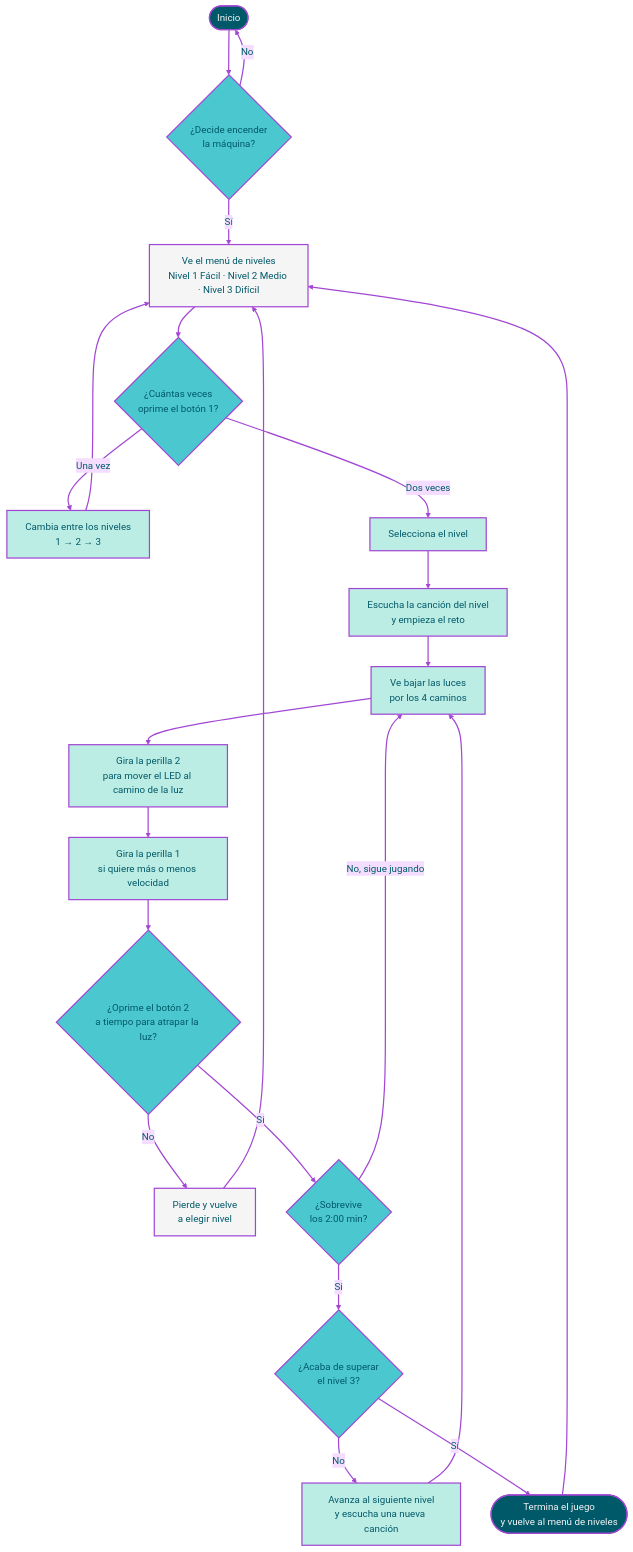
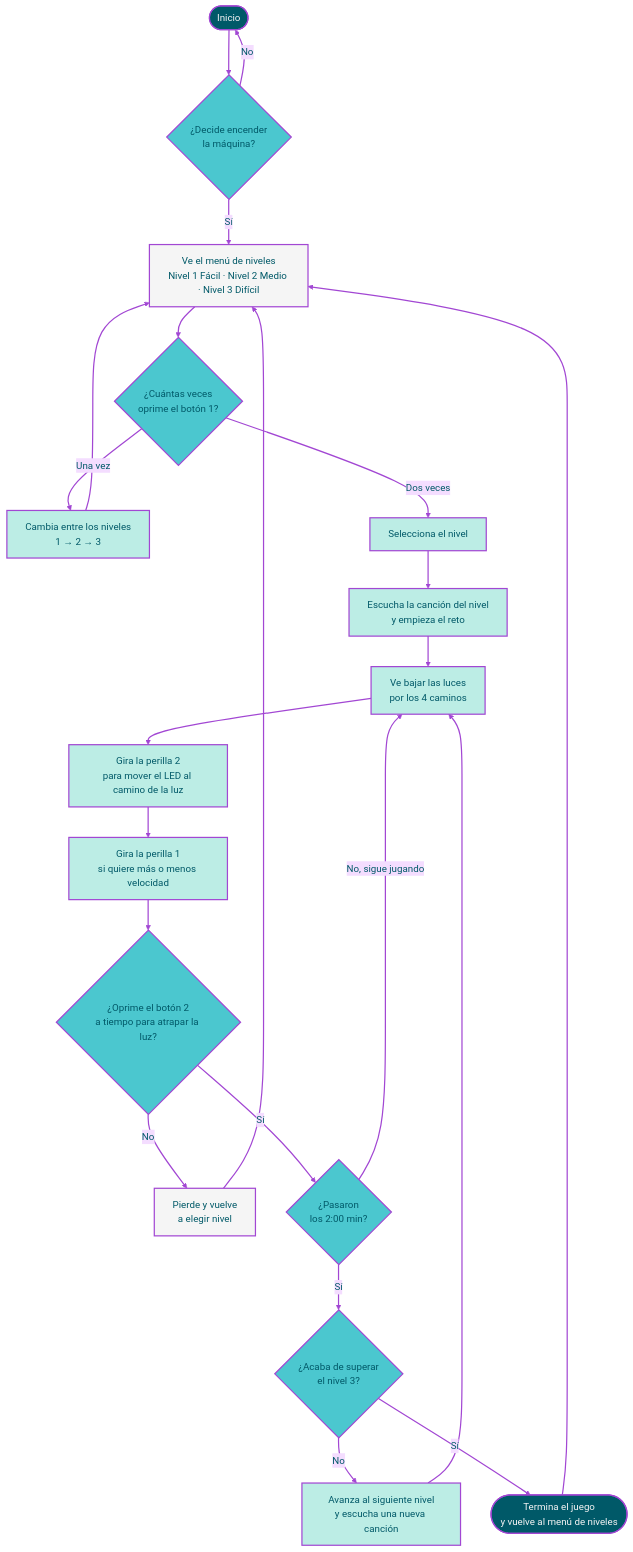
One commit to Anaisbmg/dis8645-2026-2-procesos-2 changed the first of 2 diagrams in 00-proyecto-2/grupo-05/README.md. Above: the diagram before and after it, drawn with Mermaid.

Commit message:
arreglo esq flujo

````diff
--- a/00-proyecto-2/grupo-05/README.md
+++ b/00-proyecto-2/grupo-05/README.md
@@ -43,41 +43,41 @@
 ```mermaid
 %%{init: {'theme':'base','themeVariables':{'fontFamily':'Arial','lineColor':'#A247D3','primaryTextColor':'#005968'}}}%%
 flowchart TD
     A([Inicio]) --> B{"¿Decide encender<br/>la máquina?"}
     B -- No --> A
     B -- Sí --> C["Ve el menú de niveles<br/>Nivel 1 Fácil · Nivel 2 Medio · Nivel 3 Difícil"]
 
     C --> D{"¿Cuántas veces<br/>oprime el botón 1?"}
     D -- Una vez --> E["Cambia entre los niveles<br/>1 → 2 → 3"]
     E --> C
     D -- Dos veces --> F["Selecciona el nivel"]
 
     F --> G["Escucha la canción del nivel<br/>y empieza el reto"]
     G --> H["Ve bajar las luces<br/>por los 4 caminos"]
     H --> I["Gira la perilla 2<br/>para mover el LED al camino de la luz"]
     I --> J["Gira la perilla 1<br/>si quiere más o menos velocidad"]
     J --> K{"¿Oprime el botón 2<br/>a tiempo para atrapar la luz?"}
 
     K -- No --> L["Pierde y vuelve<br/>a elegir nivel"]
     L --> C
 
-    K -- Sí --> M{"¿Sobrevive<br/>los 2:00 min?"}
+    K -- Sí --> M{"¿Pasaron<br/>los 2:00 min?"}
     M -- No, sigue jugando --> H
     M -- Sí --> N{"¿Acaba de superar<br/>el nivel 3?"}
     N -- No --> O["Avanza al siguiente nivel<br/>y escucha una nueva canción"]
     O --> H
     N -- Sí --> P(["Termina el juego<br/>y vuelve al menú de niveles"])
     P --> C
 
     classDef inicio fill:#005968,stroke:#A247D3,stroke-width:2px,color:#F5F5F5;
     classDef decision fill:#4BC7CF,stroke:#A247D3,stroke-width:2px,color:#005968;
     classDef accion fill:#BCEDE5,stroke:#A247D3,stroke-width:2px,color:#005968;
     classDef menu fill:#F5F5F5,stroke:#A247D3,stroke-width:2px,color:#005968;
 
     class A,P inicio;
     class B,D,K,M,N decision;
     class E,F,G,H,I,J,O accion;
     class C,L menu;
 
     linkStyle default stroke:#A247D3,stroke-width:2px;
 ```
````
